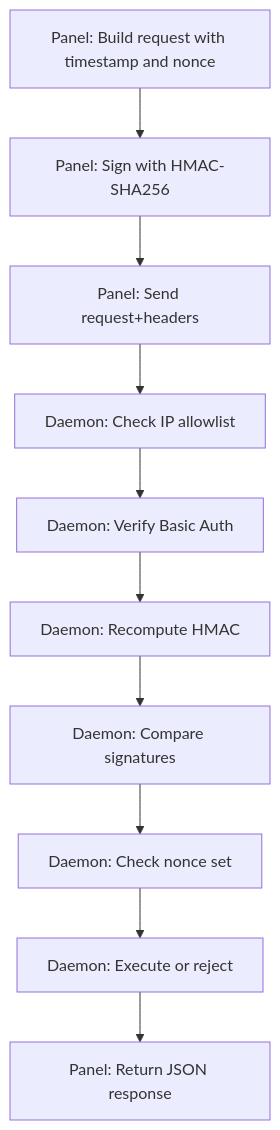
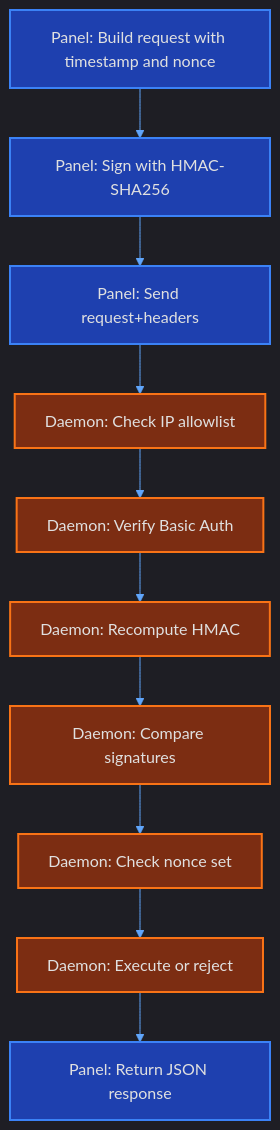
One commit to airlinklabs/airlinklabs changed the diagram in data/docs/announcements/3.md. Above: the diagram before and after it, drawn with Mermaid. The commit also changed 10 other files, not shown here.

First line of the commit message:
feat: styled mermaid diagrams with dark theme + centering fix

````diff
--- a/data/docs/announcements/3.md
+++ b/data/docs/announcements/3.md
@@ -21,12 +21,24 @@
 ```mermaid
-graph TD
-    A[Panel: Build request with timestamp and nonce] --> B[Panel: Sign with HMAC-SHA256]
-    B --> C[Panel: Send request+headers]
-    C --> D[Daemon: Check IP allowlist]
-    D --> E[Daemon: Verify Basic Auth]
-    E --> F[Daemon: Recompute HMAC]
-    F --> G[Daemon: Compare signatures]
-    G --> H[Daemon: Check nonce set]
-    H --> I[Daemon: Execute or reject]
-    I --> J[Panel: Return JSON response]
+%%{init: {"theme": "dark", "themeVariables": {"primaryColor": "#1e40af", "primaryTextColor": "#e0e0e0", "primaryBorderColor": "#3b82f6", "lineColor": "#60a5fa", "secondaryColor": "#7c2d12", "tertiaryColor": "#1e3a5f", "fontFamily": "ui-monospace, SF Mono, Fira Code, monospace"}} }%%
+flowchart TD
+    A["Panel: Build request with timestamp and nonce"] --> B["Panel: Sign with HMAC-SHA256"]
+    B --> C["Panel: Send request+headers"]
+    C --> D["Daemon: Check IP allowlist"]
+    D --> E["Daemon: Verify Basic Auth"]
+    E --> F["Daemon: Recompute HMAC"]
+    F --> G["Daemon: Compare signatures"]
+    G --> H["Daemon: Check nonce set"]
+    H --> I["Daemon: Execute or reject"]
+    I --> J["Panel: Return JSON response"]
+
+    style A fill:#1e40af,stroke:#3b82f6,color:#e0e0e0,stroke-width:2px
+    style B fill:#1e40af,stroke:#3b82f6,color:#e0e0e0,stroke-width:2px
+    style C fill:#1e40af,stroke:#3b82f6,color:#e0e0e0,stroke-width:2px
+    style D fill:#7c2d12,stroke:#f97316,color:#e0e0e0,stroke-width:2px
+    style E fill:#7c2d12,stroke:#f97316,color:#e0e0e0,stroke-width:2px
+    style F fill:#7c2d12,stroke:#f97316,color:#e0e0e0,stroke-width:2px
+    style G fill:#7c2d12,stroke:#f97316,color:#e0e0e0,stroke-width:2px
+    style H fill:#7c2d12,stroke:#f97316,color:#e0e0e0,stroke-width:2px
+    style I fill:#7c2d12,stroke:#f97316,color:#e0e0e0,stroke-width:2px
+    style J fill:#1e40af,stroke:#3b82f6,color:#e0e0e0,stroke-width:2px
 ```
````
